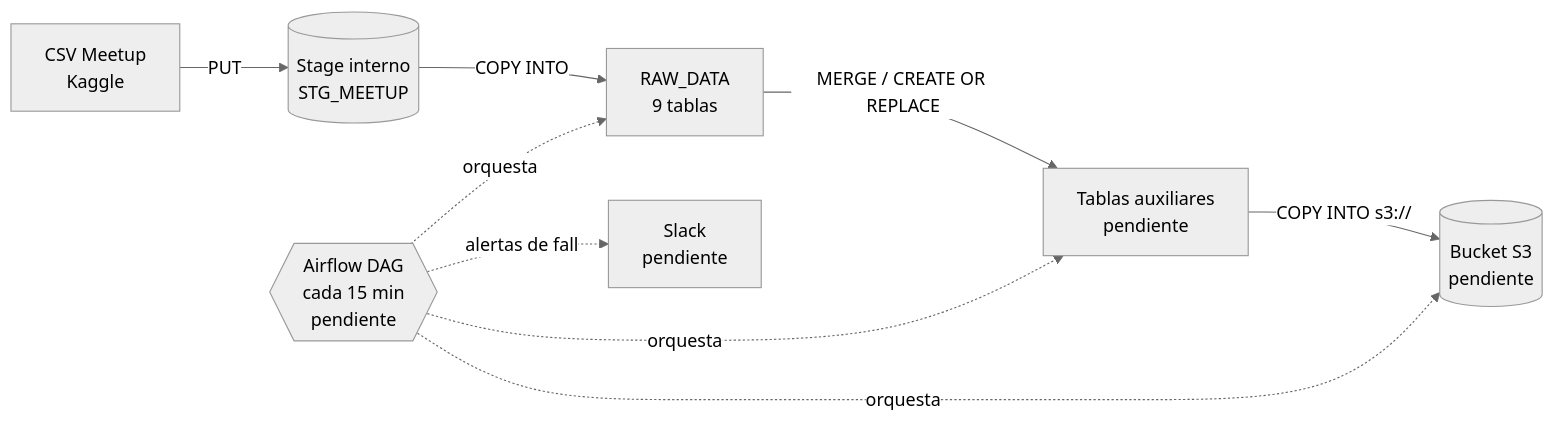
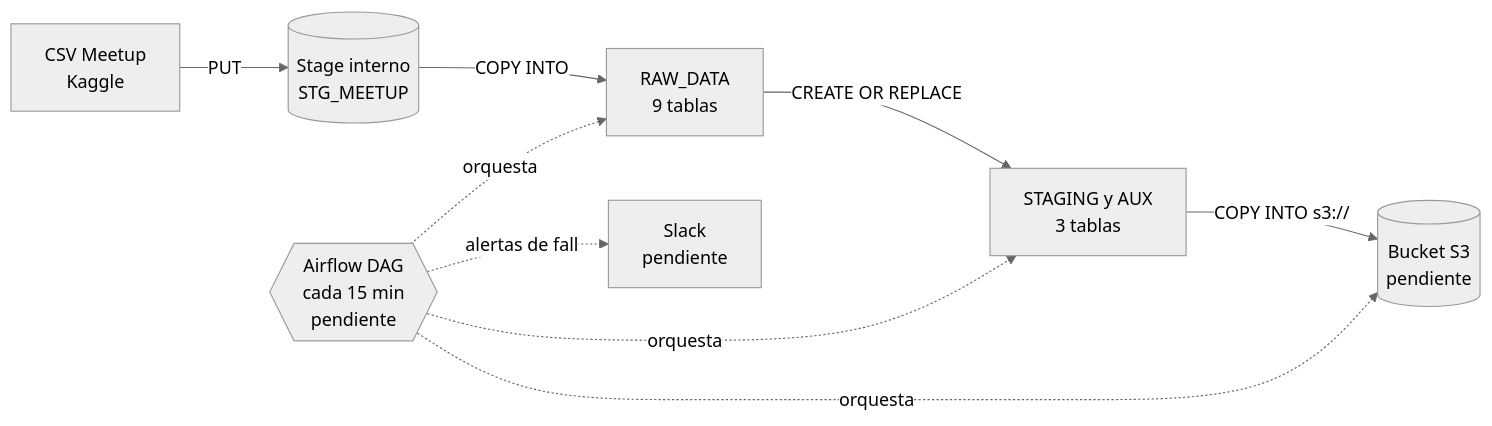
One commit to Andres-Castro-C/prueba_rappy_test changed the diagram in README.md. Above: the diagram before and after it, drawn with Mermaid (neutral theme). The commit also changed other lines of this file and 2 other files, not shown here.

````diff
--- a/README.md
+++ b/README.md
@@ -43,11 +43,11 @@
 ```mermaid
 flowchart LR
     A[CSV Meetup<br/>Kaggle] -->|PUT| B[(Stage interno<br/>STG_MEETUP)]
     B -->|COPY INTO| C[RAW_DATA<br/>9 tablas]
-    C -->|MERGE / CREATE OR REPLACE| D[Tablas auxiliares<br/>pendiente]
+    C -->|CREATE OR REPLACE| D[STAGING y AUX<br/>3 tablas]
     D -->|COPY INTO s3://| E[(Bucket S3<br/>pendiente)]
     F{{Airflow DAG<br/>cada 15 min<br/>pendiente}} -.orquesta.-> C
     F -.orquesta.-> D
     F -.orquesta.-> E
     F -.alertas de fallo.-> G[Slack<br/>pendiente]
 ```
````
